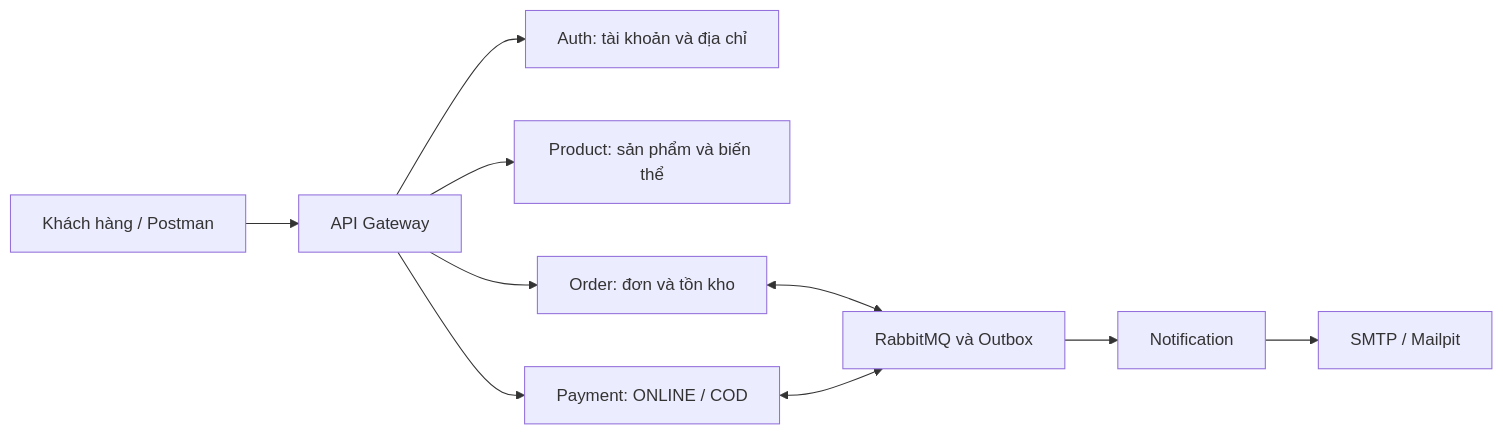
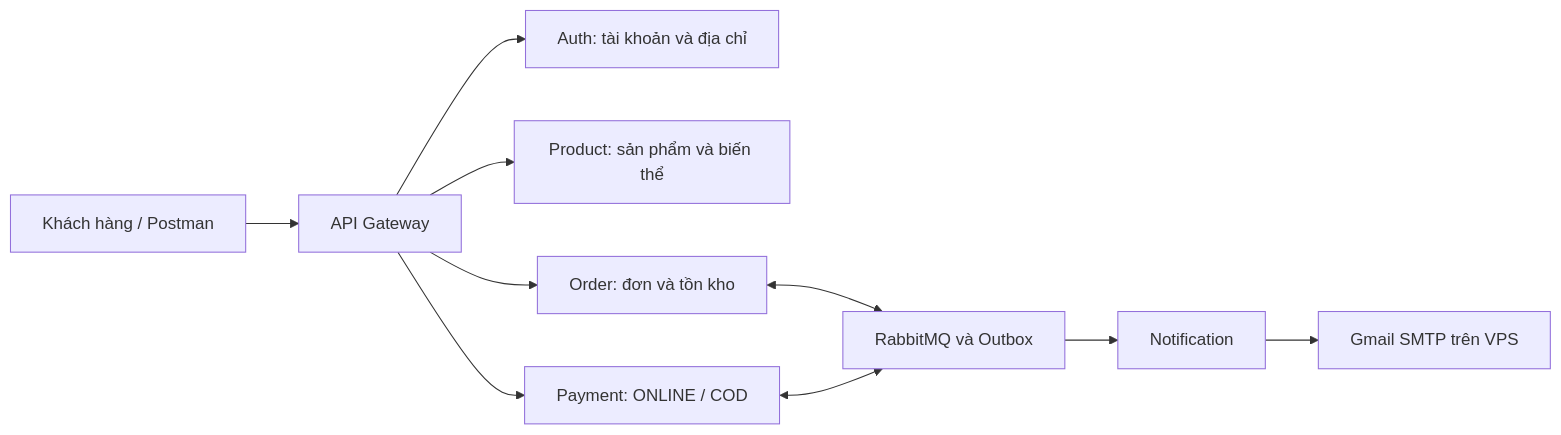
Before and after one commit to dth251/md05-rikkei-project: the diagram in docs/demo-luong-hoat-dong.md, drawn with Mermaid. The commit also changed other lines of this file and 10 other files, not shown here.

````diff
--- a/docs/demo-luong-hoat-dong.md
+++ b/docs/demo-luong-hoat-dong.md
@@ -21,12 +21,12 @@
 ```mermaid
 flowchart LR
     A[Khách hàng / Postman] --> G[API Gateway]
     G --> AU[Auth: tài khoản và địa chỉ]
     G --> P[Product: sản phẩm và biến thể]
     G --> O[Order: đơn và tồn kho]
     G --> PAY[Payment: ONLINE / COD]
     O <--> Q[RabbitMQ và Outbox]
     PAY <--> Q
     Q --> N[Notification]
-    N --> M[SMTP / Mailpit]
+    N --> M[Gmail SMTP trên VPS]
 ```
````
